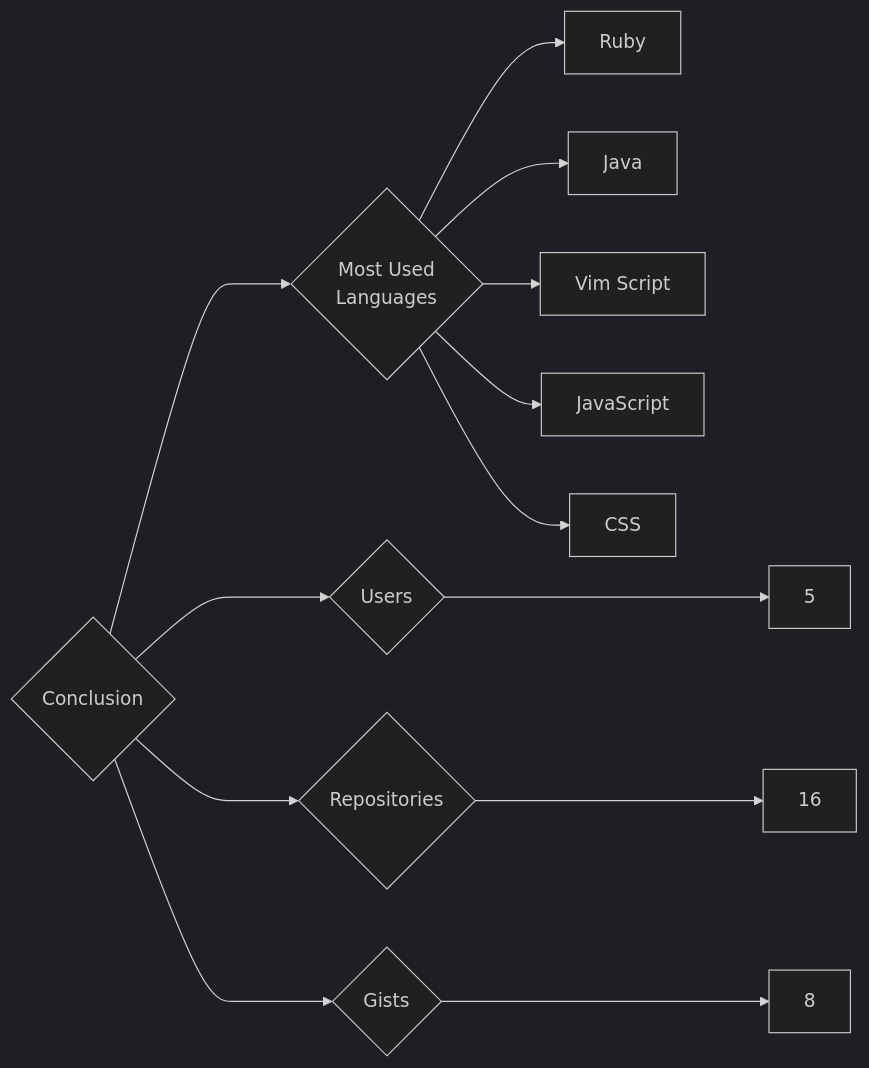
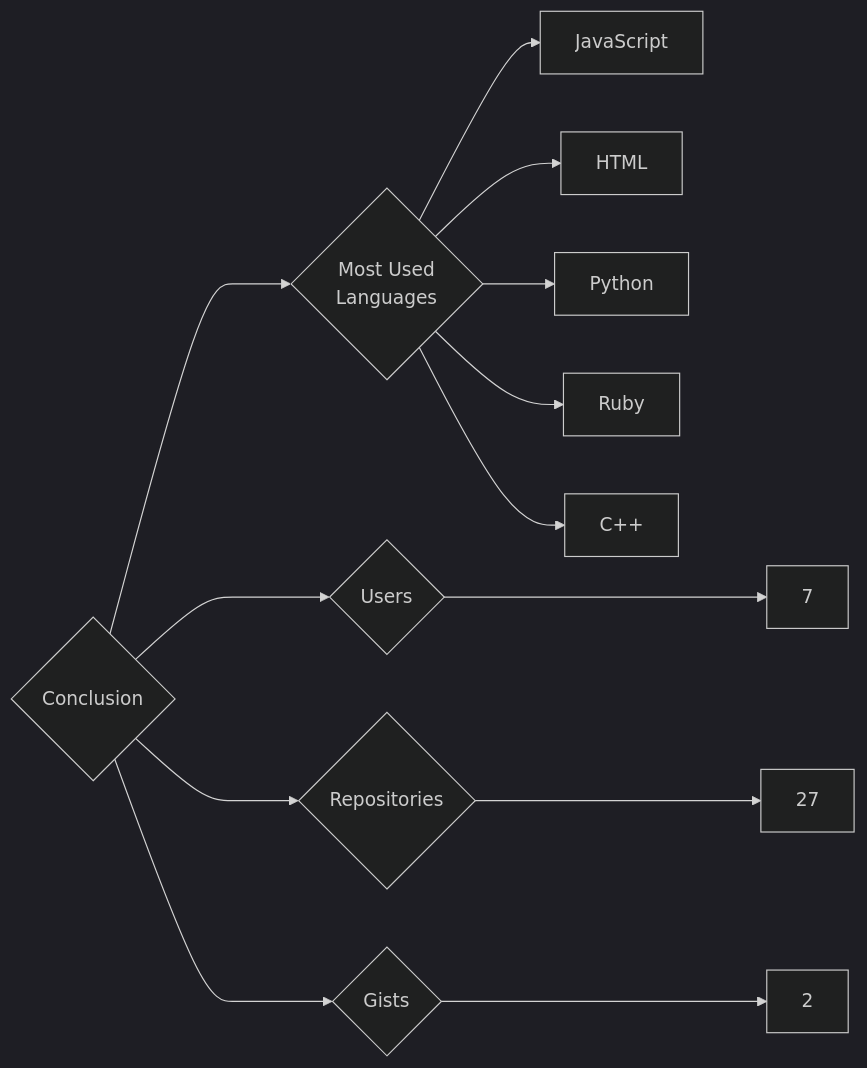
Before and after one commit to trickest/insiders: the diagram in targets/Conclusion/README.md, drawn with Mermaid (dark theme). The commit also changed 1175 other files, not shown here.

````diff
--- a/targets/Conclusion/README.md
+++ b/targets/Conclusion/README.md
@@ -3,13 +3,13 @@
 ```mermaid
 graph LR
 COMPANY_NAME{Conclusion}
-COMPANY_NAME ---> U{Users} ---> UN[5]
-COMPANY_NAME ---> R{Repositories} ---> RN[16]
-COMPANY_NAME ---> G{Gists} ---> GN[8]
+COMPANY_NAME ---> U{Users} ---> UN[7]
+COMPANY_NAME ---> R{Repositories} ---> RN[27]
+COMPANY_NAME ---> G{Gists} ---> GN[2]
 COMPANY_NAME ---> ML{Most Used<br>Languages}
+ML --> JavaScript[JavaScript]
+ML --> HTML[HTML]
+ML --> Python[Python]
 ML --> Ruby[Ruby]
-ML --> Java[Java]
-ML --> Vim_Script[Vim Script]
-ML --> JavaScript[JavaScript]
-ML --> CSS[CSS]
+ML --> C++[C++]
 ```
````
